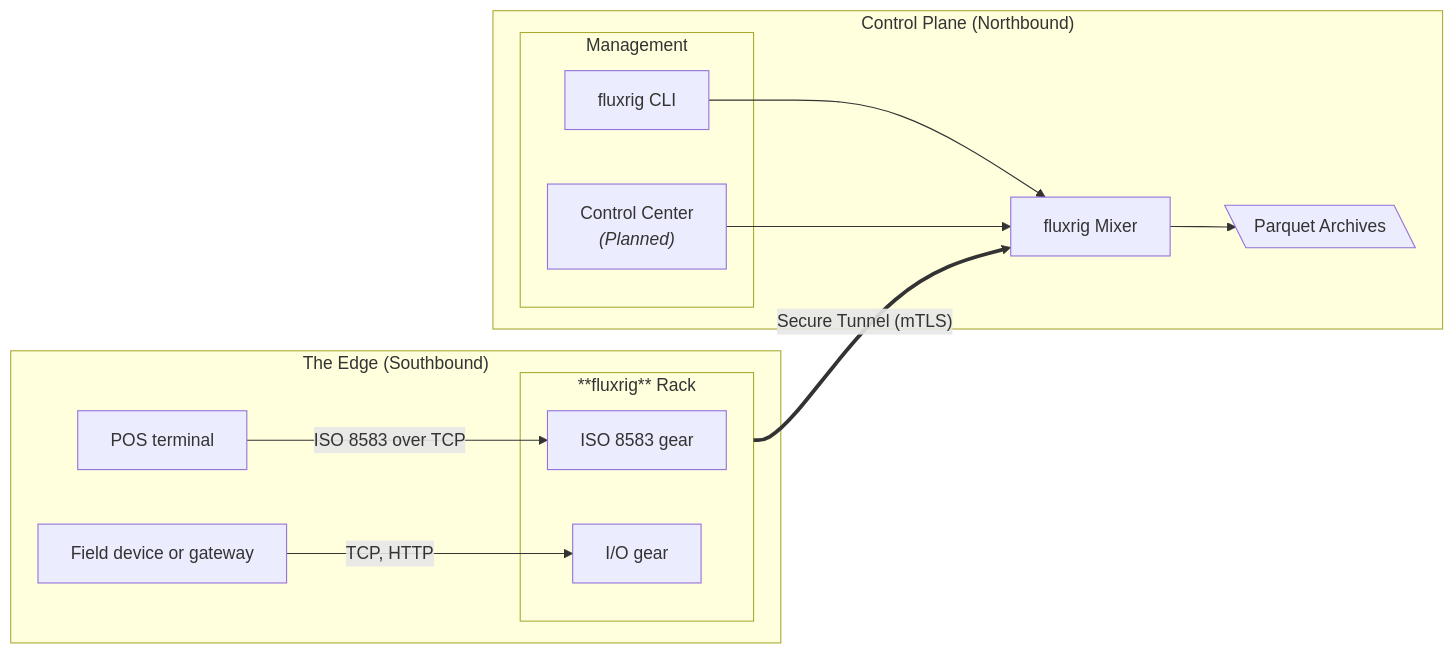
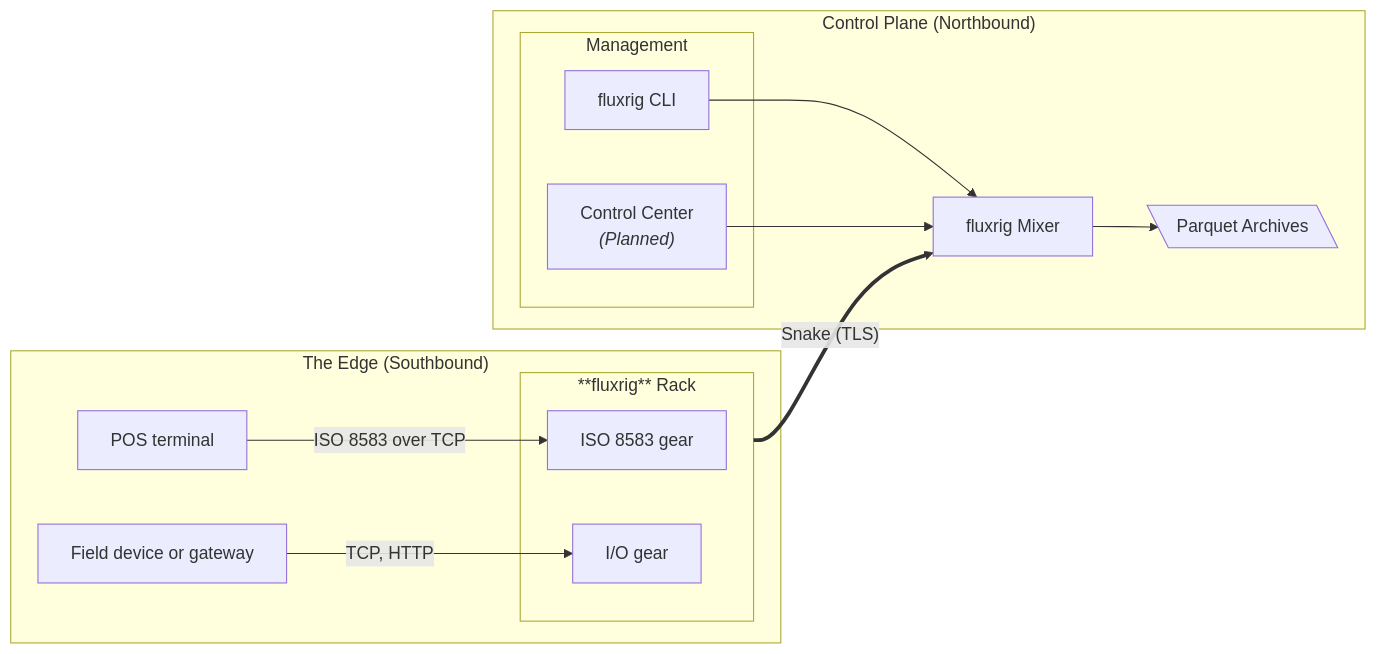
One commit to fluxrig/docs changed the diagram in docs/index.md. Above: the diagram before and after it, drawn with Mermaid. The commit also changed other lines of this file and 30 other files, not shown here.

````diff
--- a/docs/index.md
+++ b/docs/index.md
@@ -50,25 +50,25 @@
 ```mermaid
 flowchart LR
     subgraph Southbound ["The Edge (Southbound)"]
         Terminal[POS terminal]
         Device[Field device or gateway]
         subgraph Rack_A [**fluxrig** Rack]
             GearISO[ISO 8583 gear]
             GearIO[I/O gear]
         end
         Terminal -->|ISO 8583 over TCP| GearISO
         Device -->|TCP, HTTP| GearIO
     end
     subgraph Cloud ["Control Plane (Northbound)"]
         Mixer[fluxrig Mixer]
         Warehouse[\Parquet Archives\]
         subgraph Ops ["Management"]
             CLI[fluxrig CLI]
             Studio["Control Center <br/><i>(Planned)</i>"]
         end
     end
-    Rack_A == "Secure Tunnel (mTLS)" ==> Mixer
+    Rack_A == "Snake (TLS)" ==> Mixer
     CLI --> Mixer
     Studio --> Mixer
     Mixer --> Warehouse
 ```
````
